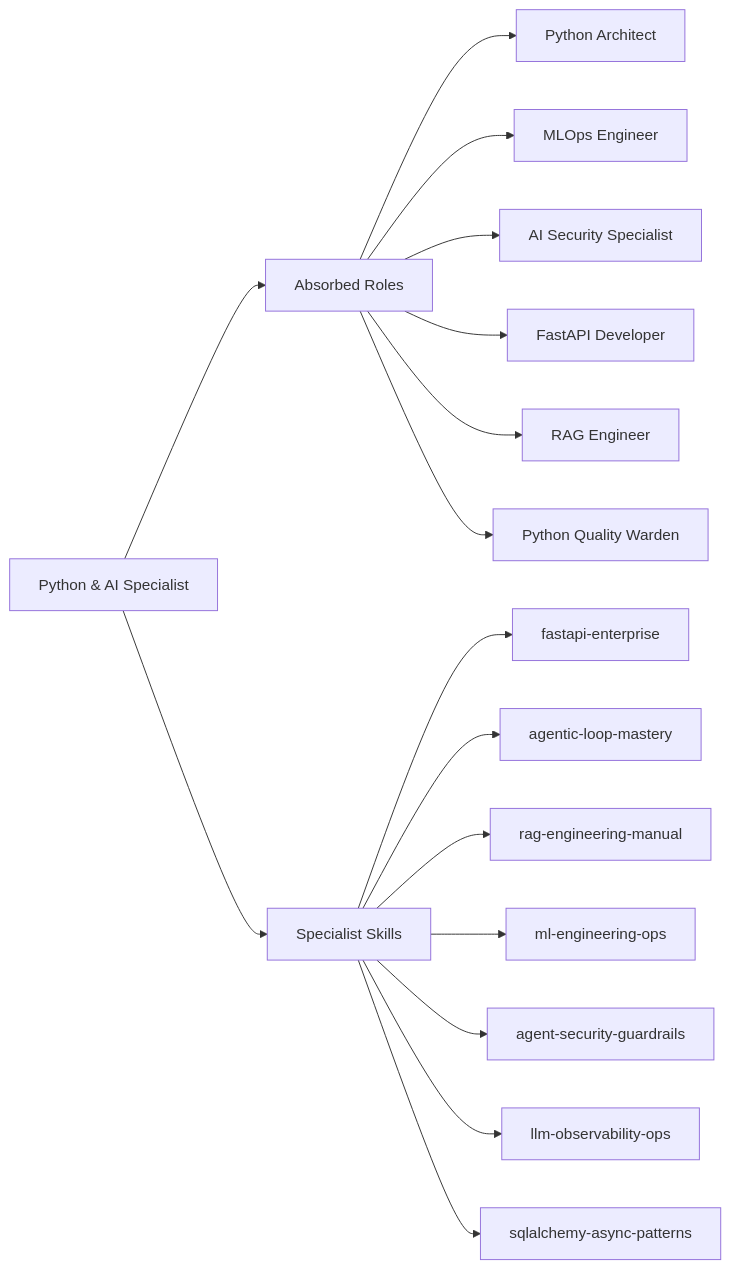
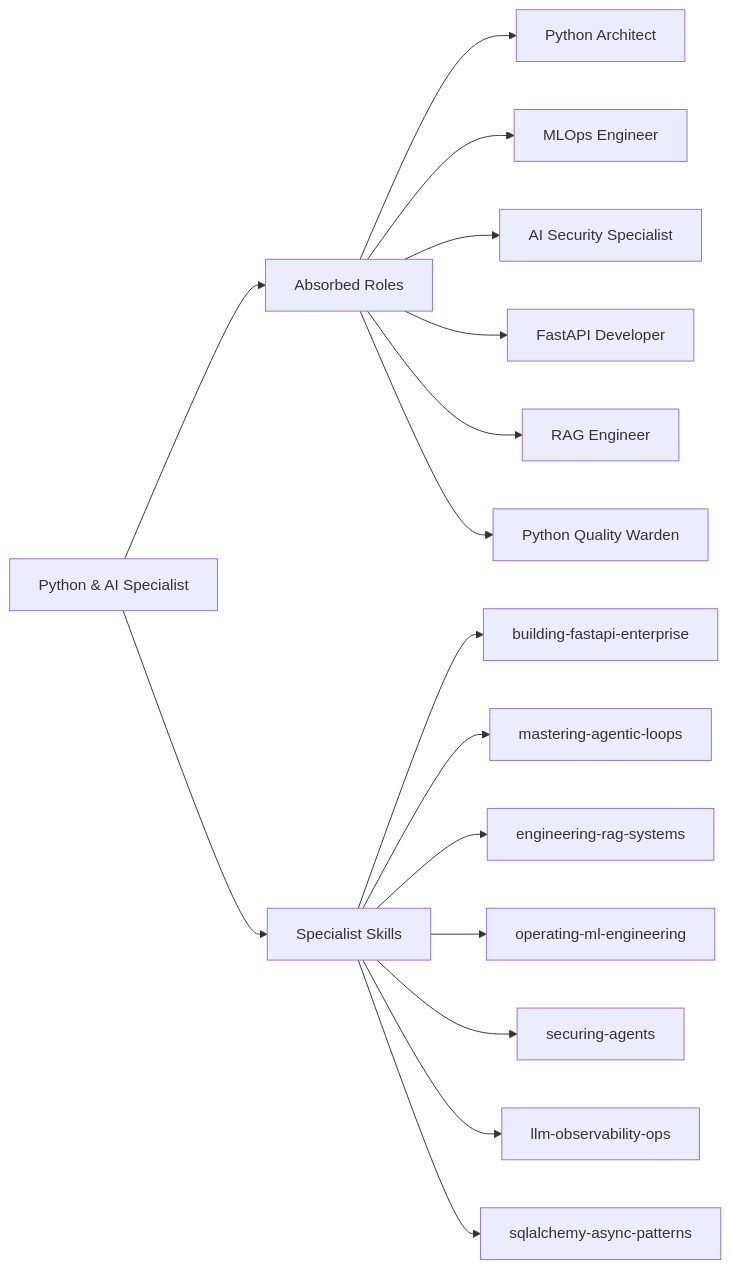
Before and after one commit to gitwalter/antigravity-agent-factory: the diagram in .agent/agents/parallel/python-ai-specialist.md, drawn with Mermaid. The commit also changed other lines of this file and 950 other files, not shown here.

First line of the commit message:
refactor(skills): mass schema injection and participle renaming (AGENT-35)

````diff
--- a/.agent/agents/parallel/python-ai-specialist.md
+++ b/.agent/agents/parallel/python-ai-specialist.md
@@ -11,20 +26,20 @@
 ```mermaid
 graph LR
     Agent["Python & AI Specialist"]
     Agent --> Roles["Absorbed Roles"]
     Roles --> R1["Python Architect"]
     Roles --> R2["MLOps Engineer"]
     Roles --> R3["AI Security Specialist"]
     Roles --> R4["FastAPI Developer"]
     Roles --> R5["RAG Engineer"]
     Roles --> R6["Python Quality Warden"]
 
     Agent --> Skills["Specialist Skills"]
-    Skills --> S1["fastapi-enterprise"]
-    Skills --> S2["agentic-loop-mastery"]
-    Skills --> S3["rag-engineering-manual"]
-    Skills --> S4["ml-engineering-ops"]
-    Skills --> S5["agent-security-guardrails"]
+    Skills --> S1["building-fastapi-enterprise"]
+    Skills --> S2["mastering-agentic-loops"]
+    Skills --> S3["engineering-rag-systems"]
+    Skills --> S4["operating-ml-engineering"]
+    Skills --> S5["securing-agents"]
     Skills --> S6["llm-observability-ops"]
     Skills --> S7["sqlalchemy-async-patterns"]
 ```
````
